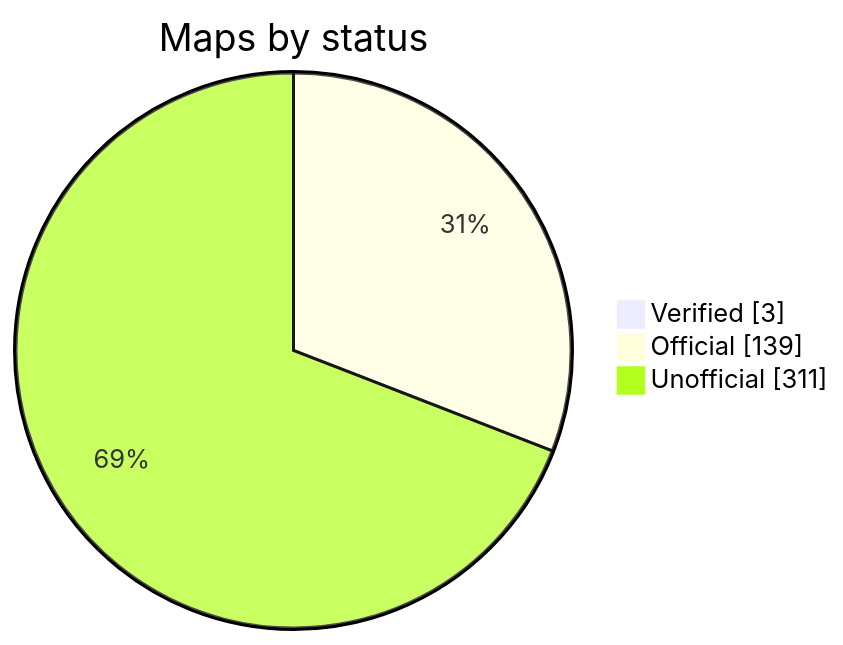
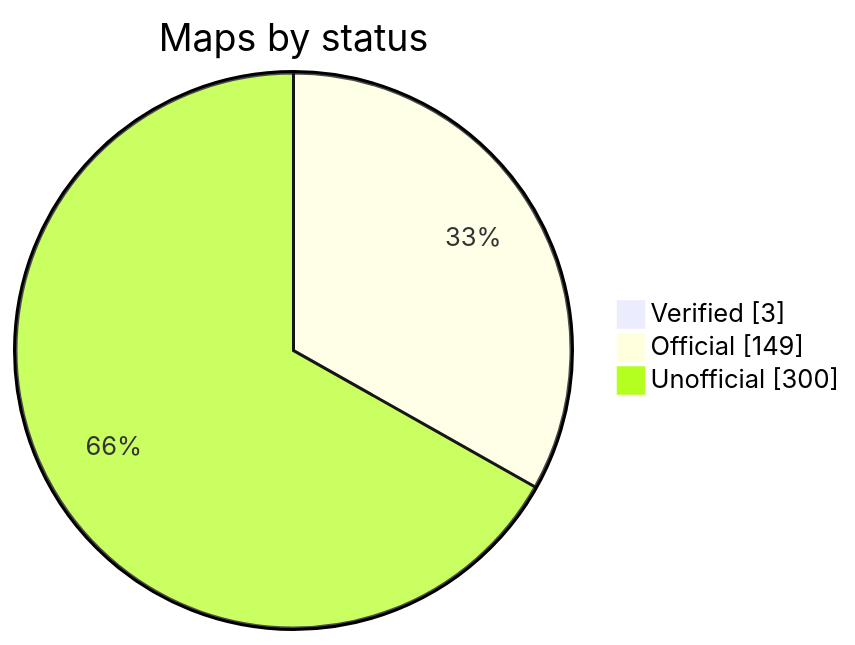
One commit to nobrega8/mbmap-library changed the diagram in README.md. Above: the diagram before and after it, drawn with Mermaid. The commit also changed 1 other file, not shown here.

Commit message:
Rebuild the index

````diff
--- a/README.md
+++ b/README.md
@@ -48,7 +48,7 @@
 ```mermaid
 pie showData
     title Maps by status
     "Verified" : 3
-    "Official" : 139
-    "Unofficial" : 311
+    "Official" : 149
+    "Unofficial" : 300
 ```
````
